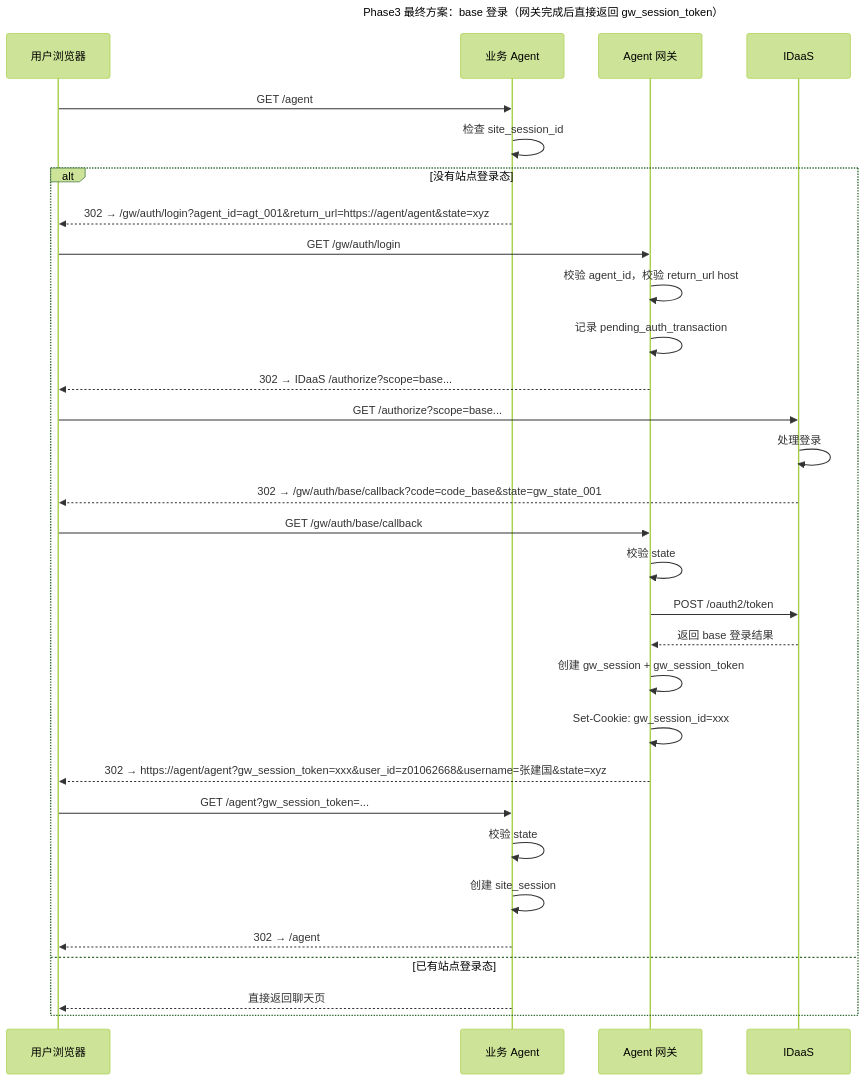
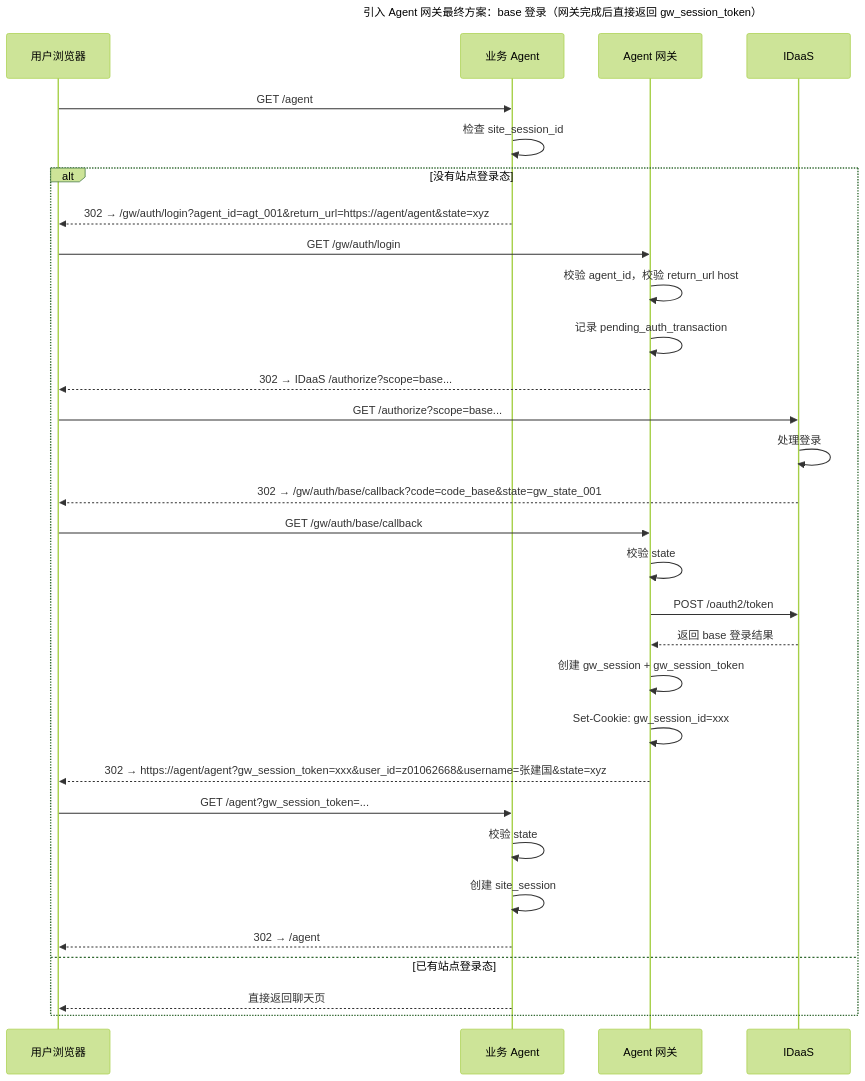
The second of 4 diagrams in docs/design/final_design/02_引入Agent网关版方案.md (xuning117634-ux/auth-design-spec), drawn with Mermaid (forest theme) before and after one commit. The commit also changed other lines of this file and 1 other file, not shown here.

````diff
--- a/docs/design/final_design/02_引入Agent网关版方案.md
+++ b/docs/design/final_design/02_引入Agent网关版方案.md
@@ -206,38 +206,38 @@
 ```mermaid
 sequenceDiagram
-    title Phase3 最终方案：base 登录（网关完成后直接返回 gw_session_token）
+    title 引入 Agent 网关最终方案：base 登录（网关完成后直接返回 gw_session_token）
     participant 用户 as 用户浏览器
     participant Agent as 业务 Agent
     participant GW as Agent 网关
     participant IDaaS as IDaaS
 
     用户->>Agent: GET /agent
     Agent->>Agent: 检查 site_session_id
 
     alt 没有站点登录态
         Agent-->>用户: 302 → /gw/auth/login?agent_id=agt_001&return_url=https://agent/agent&state=xyz
         用户->>GW: GET /gw/auth/login
         GW->>GW: 校验 agent_id，校验 return_url host
         GW->>GW: 记录 pending_auth_transaction
         GW-->>用户: 302 → IDaaS /authorize?scope=base...
 
         用户->>IDaaS: GET /authorize?scope=base...
         IDaaS->>IDaaS: 处理登录
         IDaaS-->>用户: 302 → /gw/auth/base/callback?code=code_base&state=gw_state_001
 
         用户->>GW: GET /gw/auth/base/callback
         GW->>GW: 校验 state
         GW->>IDaaS: POST /oauth2/token
         IDaaS-->>GW: 返回 base 登录结果
         GW->>GW: 创建 gw_session + gw_session_token
         GW->>GW: Set-Cookie: gw_session_id=xxx
         GW-->>用户: 302 → https://agent/agent?gw_session_token=xxx&user_id=z01062668&username=张建国&state=xyz
 
         用户->>Agent: GET /agent?gw_session_token=...
         Agent->>Agent: 校验 state
         Agent->>Agent: 创建 site_session
         Agent-->>用户: 302 → /agent
     else 已有站点登录态
         Agent-->>用户: 直接返回聊天页
     end
 ```
````
